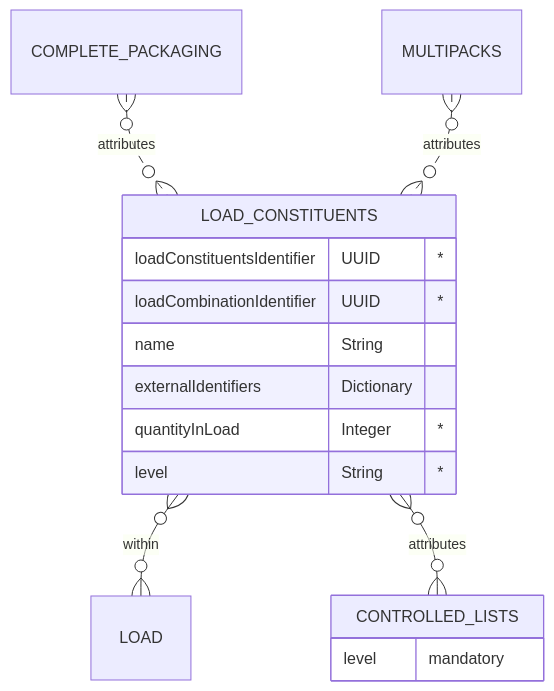
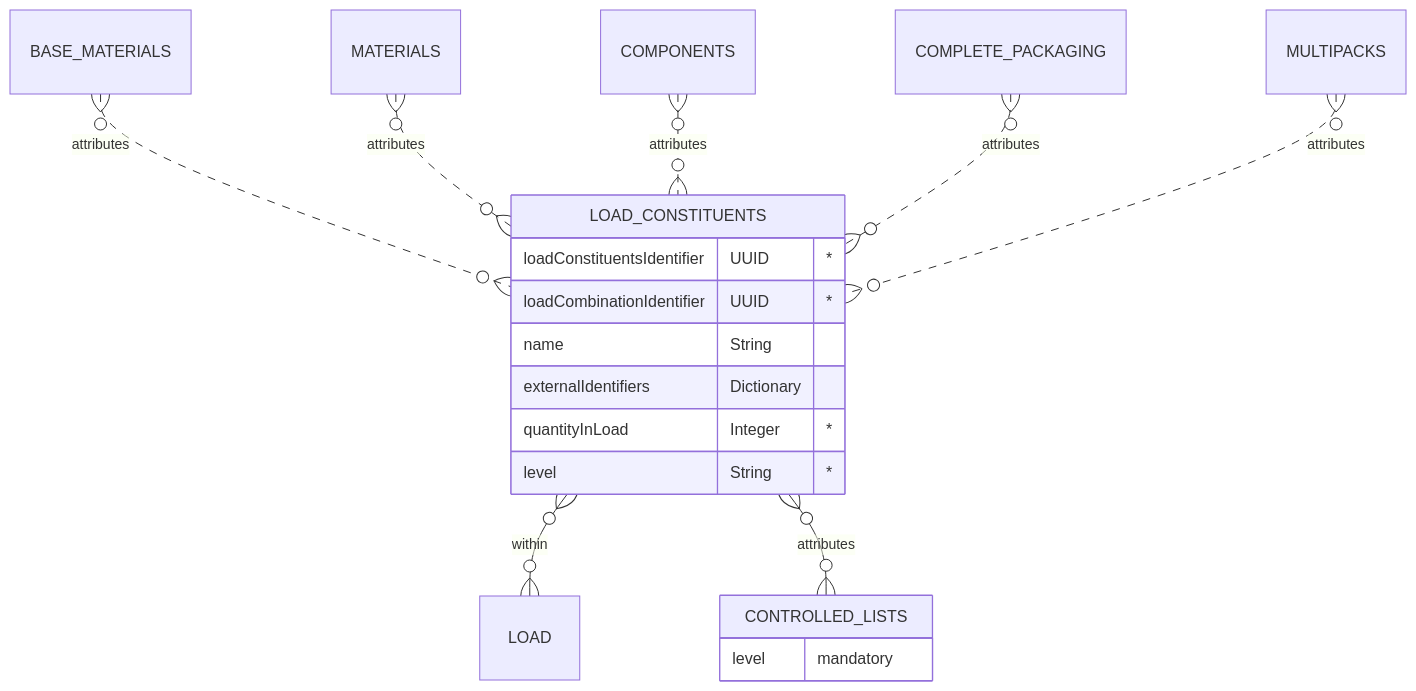
The first of 2 diagrams in docs/6_Relationship_Lists/6_011_Load_Constituents.md (OpenDataManchester/Open3P), drawn with Mermaid before and after one commit. The commit also changed other lines of this file, not shown here.

Commit message:
Update erd

````diff
--- a/docs/6_Relationship_Lists/6_011_Load_Constituents.md
+++ b/docs/6_Relationship_Lists/6_011_Load_Constituents.md
@@ -22,18 +22,21 @@
 ``` mermaid
 erDiagram
+  BASE_MATERIALS }o..o{ LOAD_CONSTITUENTS : attributes
+  MATERIALS }o..o{ LOAD_CONSTITUENTS : attributes
+  COMPONENTS }o..o{ LOAD_CONSTITUENTS : attributes
   COMPLETE_PACKAGING }o..o{ LOAD_CONSTITUENTS : attributes
   MULTIPACKS }o..o{ LOAD_CONSTITUENTS : attributes
   LOAD_CONSTITUENTS {
     loadConstituentsIdentifier UUID "*"
     loadCombinationIdentifier UUID "*"
     name String
     externalIdentifiers Dictionary
     quantityInLoad Integer "*"
     level String "*"
   }
   LOAD_CONSTITUENTS }o--o{ LOAD : within
   LOAD_CONSTITUENTS }o--o{ CONTROLLED_LISTS : attributes
   CONTROLLED_LISTS {
     level mandatory
   }
 ```
````
